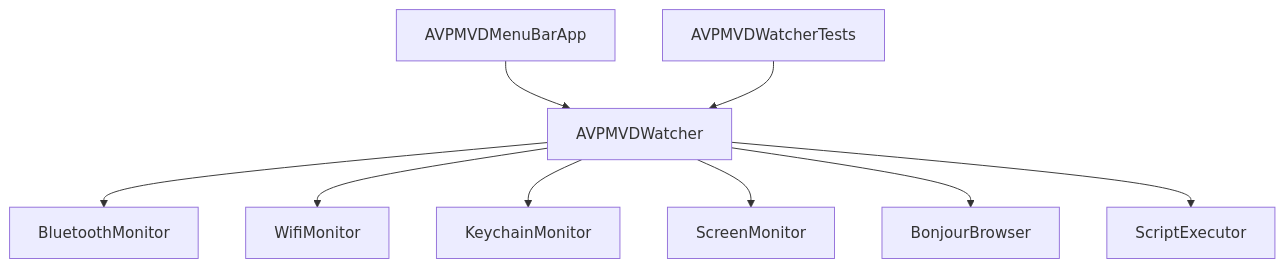
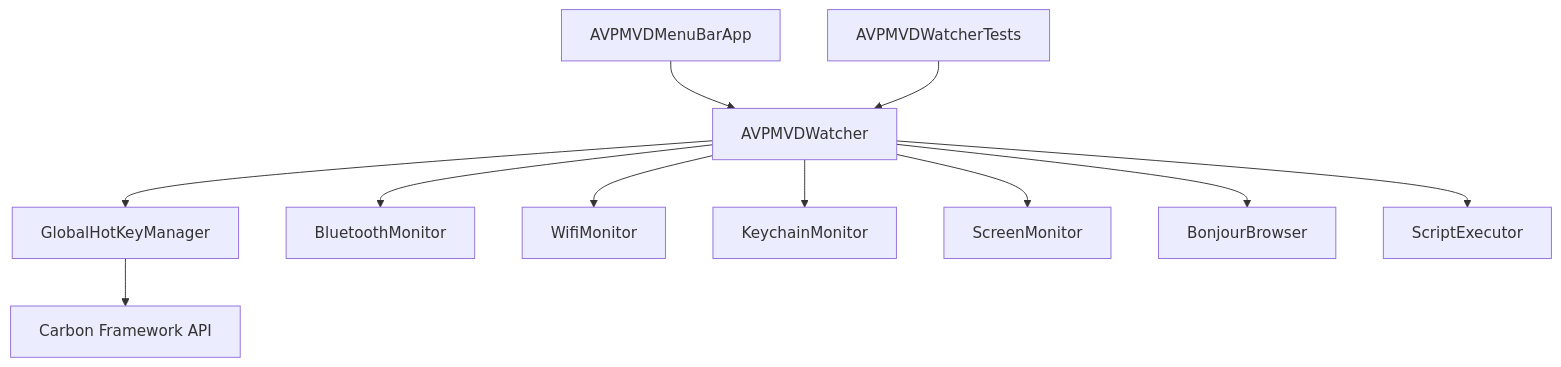
Before and after one commit to jefflunt/avp-mvd-menu-bar: the diagram in agent_docs/04_plans/007_keyboard_shortcuts_and_disconnect/design.md, drawn with Mermaid. The commit also changed other lines of this file and 4 other files, not shown here.

````diff
--- a/agent_docs/04_plans/007_keyboard_shortcuts_and_disconnect/design.md
+++ b/agent_docs/04_plans/007_keyboard_shortcuts_and_disconnect/design.md
@@ -25,12 +18,14 @@
 ```mermaid
 graph TD
     App[AVPMVDMenuBarApp] --> Core[AVPMVDWatcher]
+    Core --> HotKey[GlobalHotKeyManager]
+    HotKey --> Carbon[Carbon Framework API]
     Core --> BT[BluetoothMonitor]
     Core --> WF[WifiMonitor]
     Core --> KC[KeychainMonitor]
     Core --> SM[ScreenMonitor]
     Core --> BJ[BonjourBrowser]
     Core --> SE[ScriptExecutor]
     
     Tests[AVPMVDWatcherTests] --> Core
 ```
````
